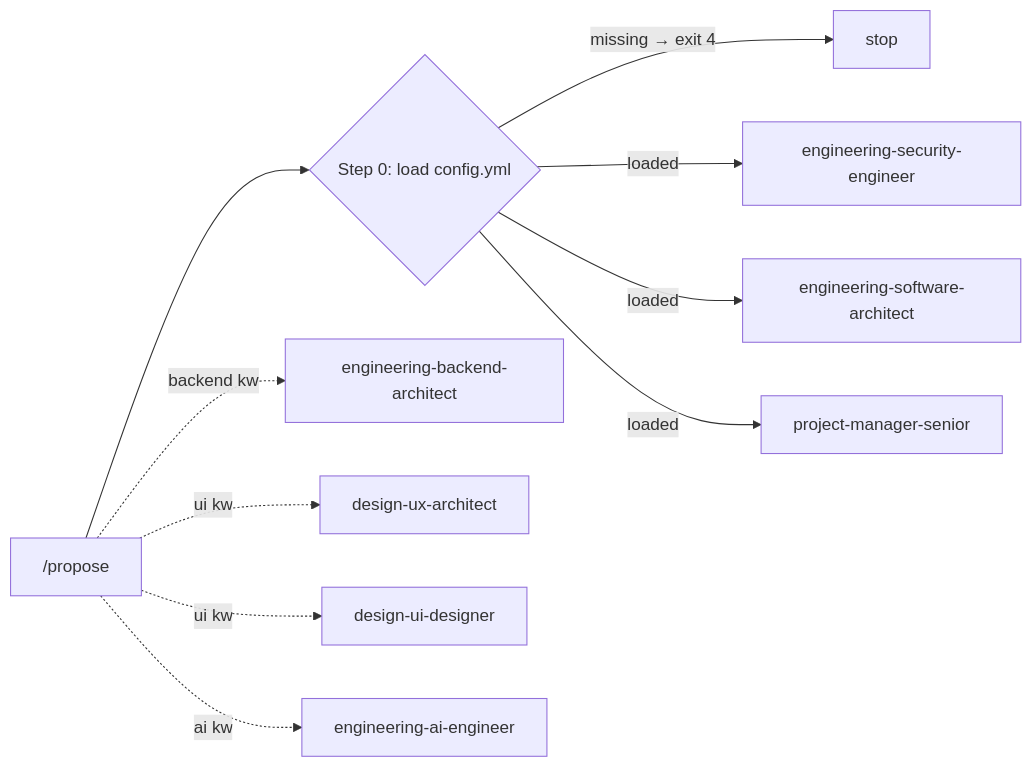
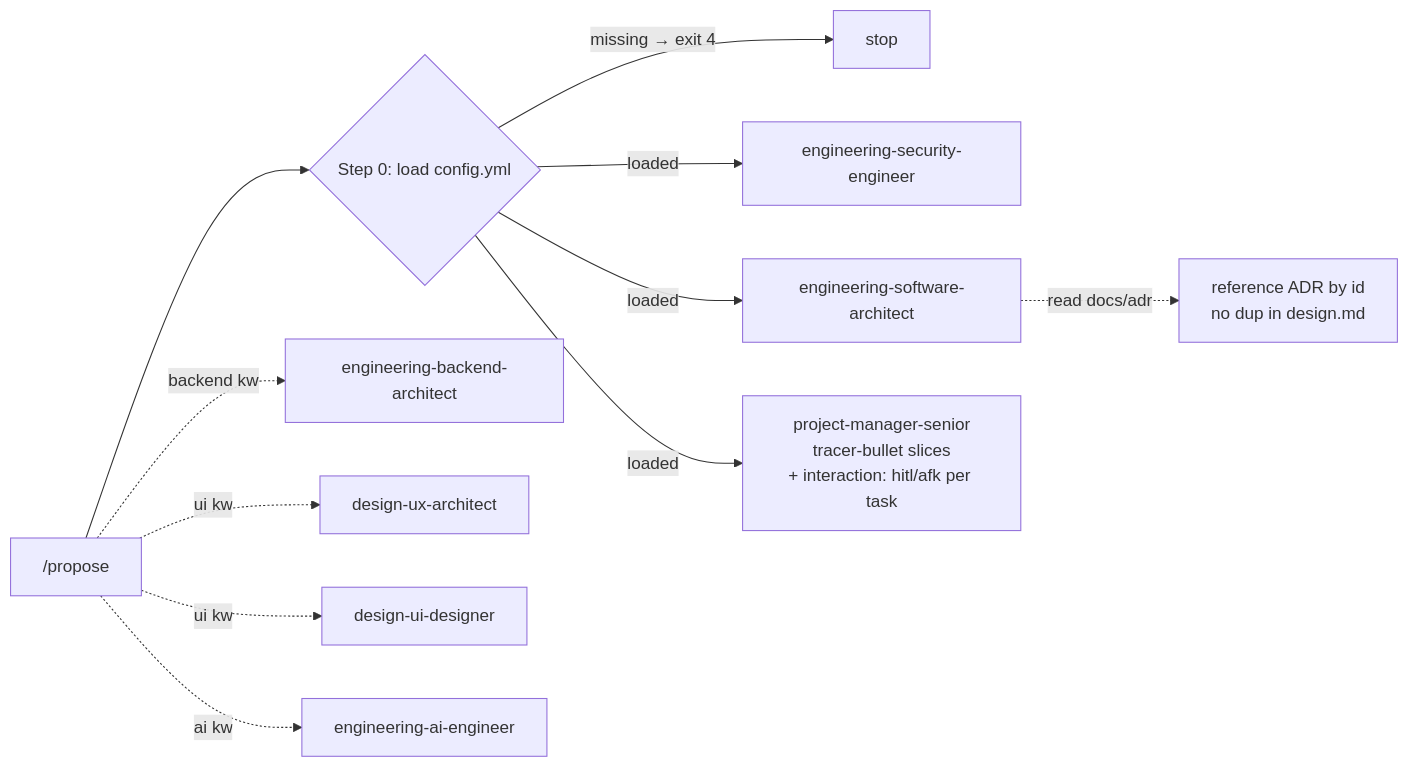
Before and after one commit to AlarQ/SDD-hub: the eighth of 16 diagrams in docs/workflow-diagram.md, drawn with Mermaid. The commit also changed other lines of this file and 17 other files, not shown here.

````diff
--- a/docs/workflow-diagram.md
+++ b/docs/workflow-diagram.md
@@ -294,12 +321,13 @@
 ```mermaid
 graph LR
     PR["/propose"] --> CFG0{Step 0: load config.yml}
     CFG0 -->|missing → exit 4| STOP_PR[stop]
     CFG0 -->|loaded| SE[engineering-security-engineer]
     CFG0 -->|loaded| SA[engineering-software-architect]
-    CFG0 -->|loaded| SPM[project-manager-senior]
+    CFG0 -->|loaded| SPM[project-manager-senior<br/>tracer-bullet slices<br/>+ interaction: hitl/afk per task]
+    SA -.->|read docs/adr| ADRREF[reference ADR by id<br/>no dup in design.md]
     PR -.->|backend kw| BA[engineering-backend-architect]
     PR -.->|ui kw| UXA[design-ux-architect]
     PR -.->|ui kw| UID[design-ui-designer]
     PR -.->|ai kw| AIE[engineering-ai-engineer]
 ```
````
